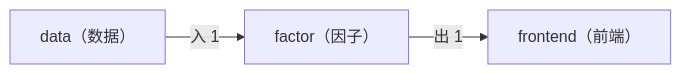
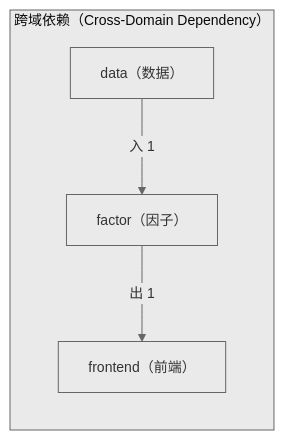
The second of 2 diagrams in docs/02_enterprise_architecture/06_decision_architecture/07_decision_l2a_factor.md (xuanFelixVan/ZephyrAlpha), drawn with Mermaid before and after one commit. The commit also changed other lines of this file and 23 other files, not shown here.

First line of the commit message:
fix(decision-diagram): mermaid 图加 subgraph 容器 + clusterBkg 主题变量

````diff
--- a/docs/02_enterprise_architecture/06_decision_architecture/07_decision_l2a_factor.md
+++ b/docs/02_enterprise_architecture/06_decision_architecture/07_decision_l2a_factor.md
@@ -74,8 +75,11 @@
 ```mermaid
+%%{init: {'theme': 'base', 'themeVariables': {'primaryColor': '#eaeaea', 'primaryTextColor': '#333333', 'primaryBorderColor': '#666666', 'lineColor': '#666666', 'clusterBkg': '#eaeaea', 'clusterBorder': '#666666', 'fontSize': '14px'}}}%%
 flowchart LR
-    SELF["factor（因子）"]
-    EXT_frontend["frontend（前端）"]
-    SELF -->|出 1| EXT_frontend
-    EXT_data["data（数据）"]
-    EXT_data -->|入 1| SELF
+    subgraph cd_sg["跨域依赖（Cross-Domain Dependency）"]
+        SELF["factor（因子）"]
+        EXT_frontend["frontend（前端）"]
+        SELF -->|出 1| EXT_frontend
+        EXT_data["data（数据）"]
+        EXT_data -->|入 1| SELF
+    end
 ```
````
